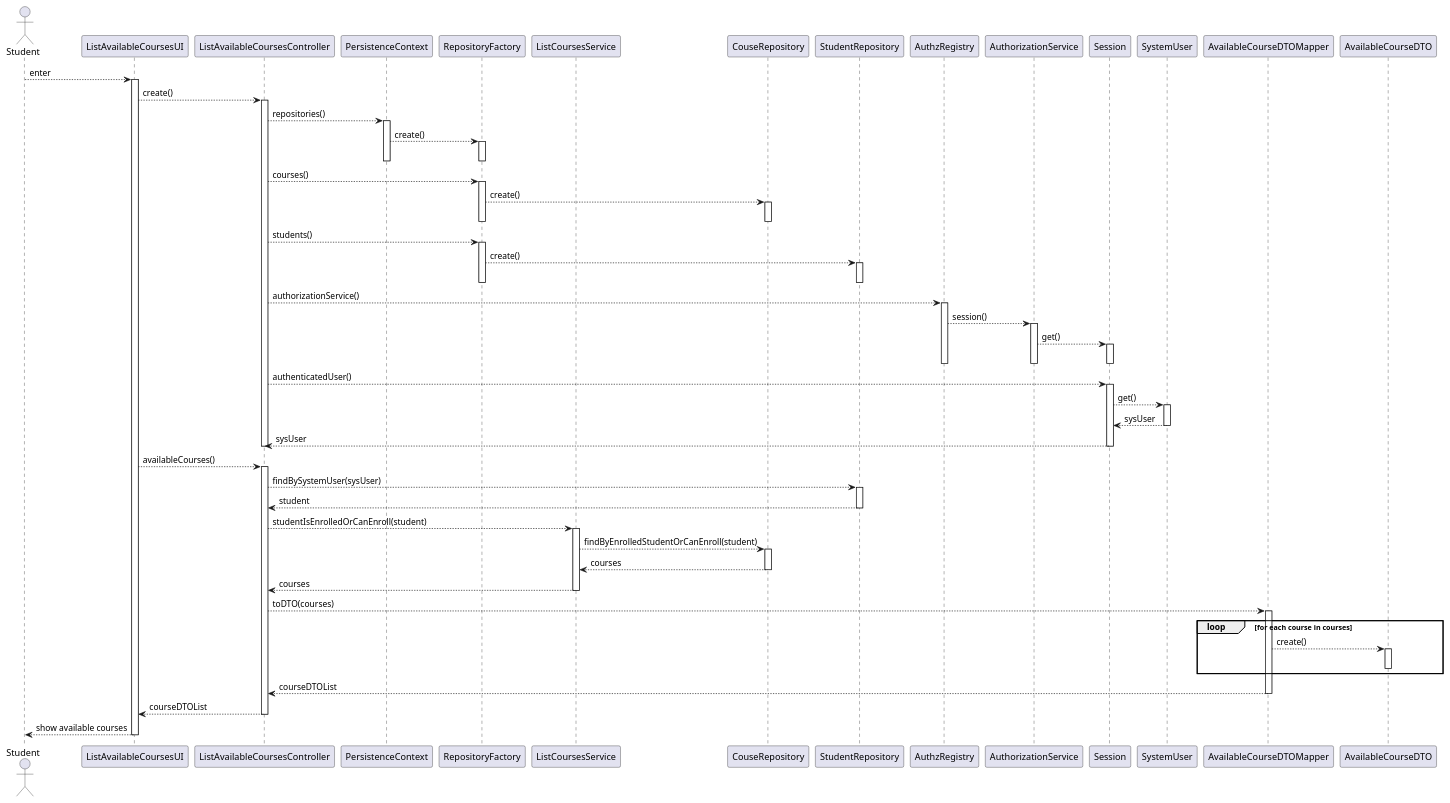
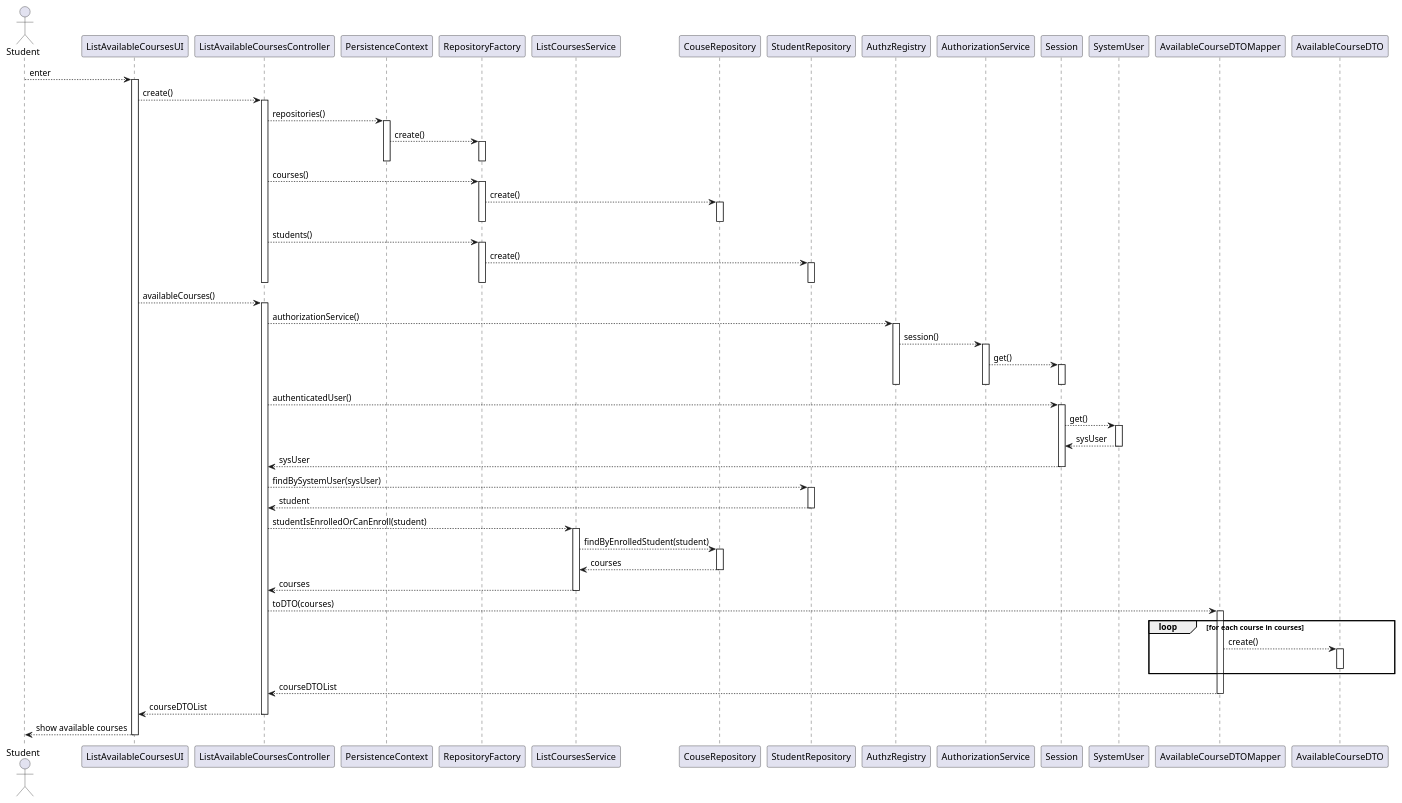
One commit to jovami/isep-lapr4 changed the diagram in docs/us_1006/sd-student.puml. Above: the diagram before and after it, drawn with PlantUML. The commit also changed 3 other files, not shown here.

Commit message:
docs(us_1006): update diagrams

```diff
--- a/docs/us_1006/sd-student.puml
+++ b/docs/us_1006/sd-student.puml
@@ -1,108 +1,107 @@
 @startuml
 
 actor Student as user
 participant ListAvailableCoursesUI as ui
 participant ListAvailableCoursesController as ctrl
 
 participant PersistenceContext as ctx
 participant RepositoryFactory as rep_fac
 
 participant ListCoursesService as svc
 
 participant CouseRepository as c_repo
 participant StudentRepository as s_repo
 
 participant AuthzRegistry as authreg
 participant AuthorizationService as authsvc
 participant Session as sess
 participant SystemUser as sys_usr
 
 
 participant AvailableCourseDTOMapper as mapper
 participant AvailableCourseDTO as dto
 
 ' participant Course as course
 
 user --> ui : enter
 
 activate ui
     ui --> ctrl : create()
     activate ctrl
         ctrl --> ctx : repositories()
         activate ctx
             ctx --> rep_fac : create()
             activate rep_fac
             deactivate rep_fac
         deactivate ctx
 
         ctrl --> rep_fac : courses()
         activate rep_fac
             rep_fac --> c_repo : create()
             activate c_repo
             deactivate c_repo
         deactivate rep_fac
 
         ctrl --> rep_fac : students()
         activate rep_fac
             rep_fac --> s_repo : create()
             activate s_repo
             deactivate s_repo
         deactivate rep_fac
+    deactivate ctrl
 
+    ui --> ctrl : availableCourses()
+    activate ctrl
         ctrl --> authreg : authorizationService()
         activate authreg
             authreg --> authsvc : session()
             activate authsvc
                 authsvc --> sess : get()
                 activate sess
                 deactivate sess
             deactivate authsvc
         deactivate authreg
 
         ctrl --> sess : authenticatedUser()
         activate sess
             sess --> sys_usr : get()
             activate sys_usr
                 sys_usr --> sess : sysUser
             deactivate sys_usr
 
             sess --> ctrl : sysUser
         deactivate sess
-    deactivate ctrl
 
-    ui --> ctrl : availableCourses()
-    activate ctrl
         ctrl --> s_repo : findBySystemUser(sysUser)
         activate s_repo
             s_repo --> ctrl : student
         deactivate s_repo
 
-
         ctrl --> svc : studentIsEnrolledOrCanEnroll(student)
         activate svc
-            svc --> c_repo : findByEnrolledStudentOrCanEnroll(student)
+            svc --> c_repo : findByEnrolledStudent(student)
 
             activate c_repo
                 c_repo --> svc : courses
             deactivate c_repo
 
             svc --> ctrl : courses
         deactivate svc
 
         ctrl --> mapper: toDTO(courses)
         activate mapper
             loop for each course in courses
                 mapper --> dto: create()
                 activate dto
                 deactivate dto
             end loop
             mapper --> ctrl: courseDTOList
         deactivate mapper
 
         ctrl --> ui : courseDTOList
     deactivate ctrl
 
     ui --> user : show available courses
 deactivate ui
 
 @enduml
```
